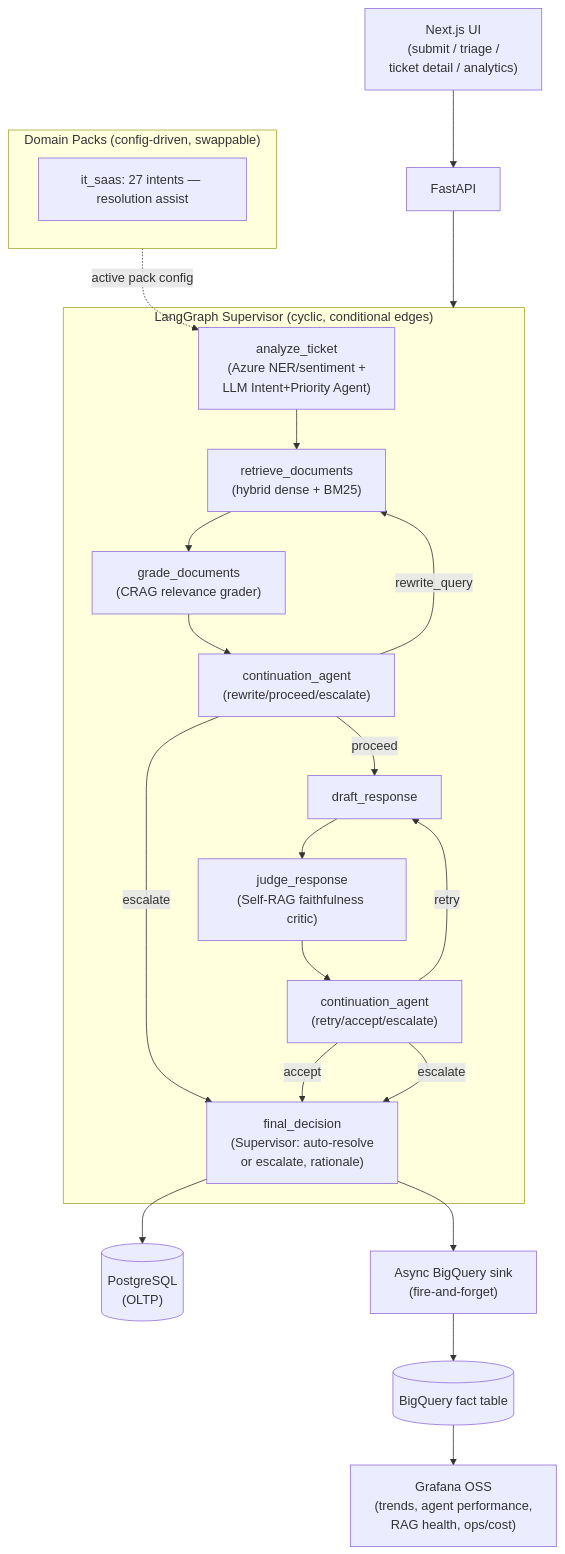
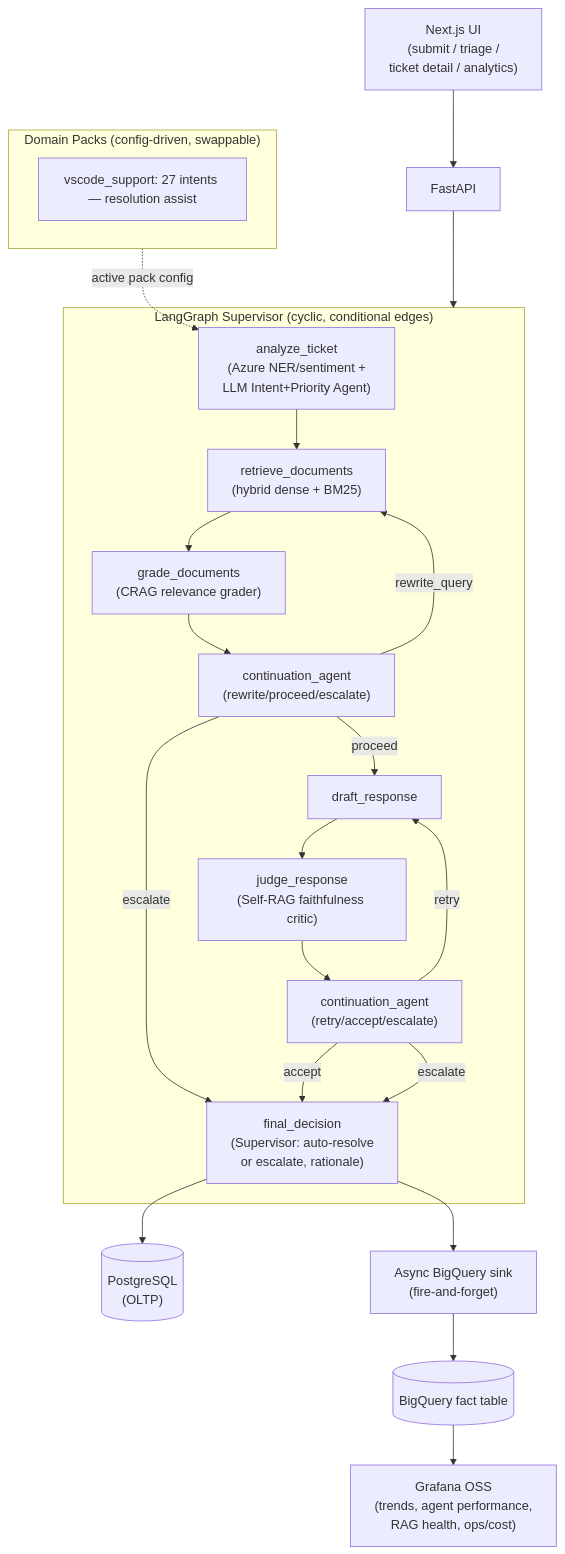
One commit to pallavisharma6802/Multi-Cloud-AI-Agent-for-Ticket-Resolution changed the diagram in README.md. Above: the diagram before and after it, drawn with Mermaid. The commit also changed other lines of this file and 6475 other files, not shown here.

````diff
--- a/README.md
+++ b/README.md
@@ -29,36 +29,36 @@
 ```mermaid
 flowchart TB
     subgraph domainPacks ["Domain Packs (config-driven, swappable)"]
-        itPack["it_saas: 27 intents — resolution assist"]
+        itPack["vscode_support: 27 intents — resolution assist"]
     end
 
     subgraph agenticGraph ["LangGraph Supervisor (cyclic, conditional edges)"]
         analyze["analyze_ticket\n(Azure NER/sentiment +\nLLM Intent+Priority Agent)"]
         retrieve["retrieve_documents\n(hybrid dense + BM25)"]
         grade["grade_documents\n(CRAG relevance grader)"]
         cont1["continuation_agent\n(rewrite/proceed/escalate)"]
         draft["draft_response"]
         judge["judge_response\n(Self-RAG faithfulness critic)"]
         cont2["continuation_agent\n(retry/accept/escalate)"]
         final["final_decision\n(Supervisor: auto-resolve\nor escalate, rationale)"]
 
         analyze --> retrieve --> grade --> cont1
         cont1 -->|rewrite_query| retrieve
         cont1 -->|proceed| draft
         cont1 -->|escalate| final
         draft --> judge --> cont2
         cont2 -->|retry| draft
         cont2 -->|accept| final
         cont2 -->|escalate| final
     end
 
     domainPacks -.->|active pack config| analyze
 
     final --> postgres[("PostgreSQL\n(OLTP)")]
     final --> bqSink["Async BigQuery sink\n(fire-and-forget)"]
     bqSink --> bigquery[("BigQuery fact table")]
     bigquery --> grafana["Grafana OSS\n(trends, agent performance,\nRAG health, ops/cost)"]
 
     ui["Next.js UI\n(submit / triage /\nticket detail / analytics)"] --> api["FastAPI"]
     api --> agenticGraph
 ```
````
